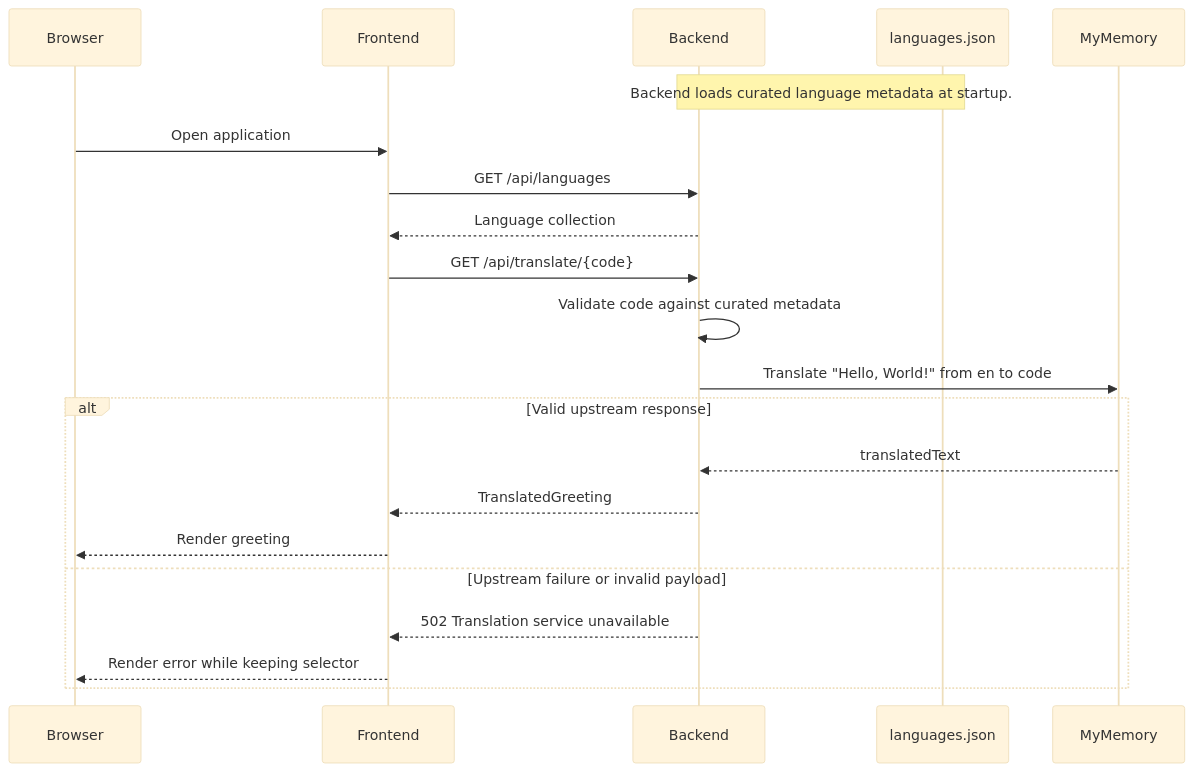
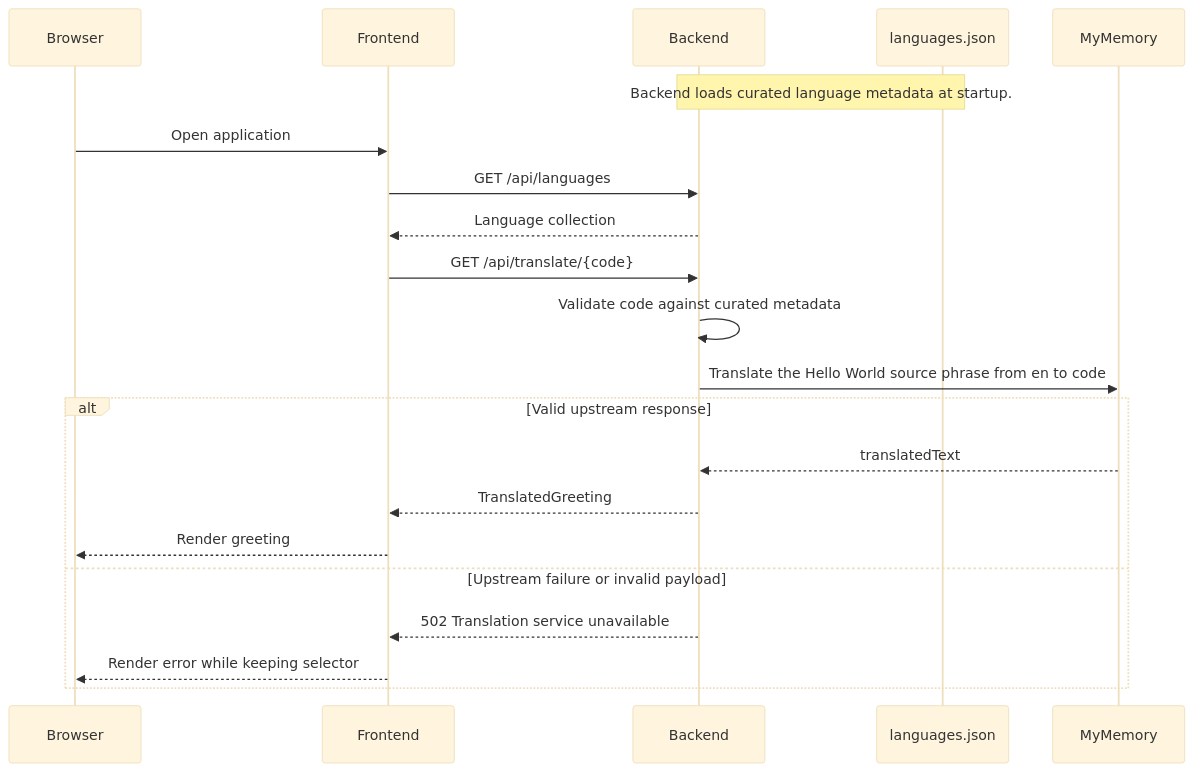
Before and after one commit to tcamise-gpsw/ai-golden-repo: the diagram in docs/architecture/03-api.md, drawn with Mermaid (base theme). The commit also changed 18 other files, not shown here.

````diff
--- a/docs/architecture/03-api.md
+++ b/docs/architecture/03-api.md
@@ -28,24 +28,24 @@
 ```mermaid
 sequenceDiagram
     participant Browser
     participant Frontend
     participant Backend
     participant Data as languages.json
     participant MyMemory
 
     Note over Backend,Data: Backend loads curated language metadata at startup.
     Browser->>Frontend: Open application
     Frontend->>Backend: GET /api/languages
     Backend-->>Frontend: Language collection
     Frontend->>Backend: GET /api/translate/{code}
     Backend->>Backend: Validate code against curated metadata
-    Backend->>MyMemory: Translate "Hello, World!" from en to code
+    Backend->>MyMemory: Translate the Hello World source phrase from en to code
     alt Valid upstream response
         MyMemory-->>Backend: translatedText
         Backend-->>Frontend: TranslatedGreeting
         Frontend-->>Browser: Render greeting
     else Upstream failure or invalid payload
         Backend-->>Frontend: 502 Translation service unavailable
         Frontend-->>Browser: Render error while keeping selector
     end
 ```
````
